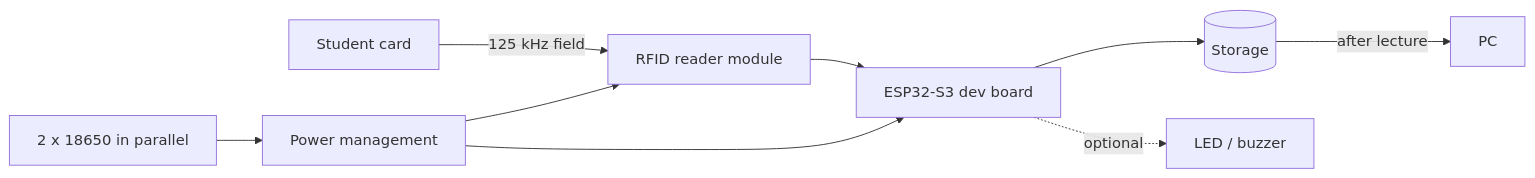
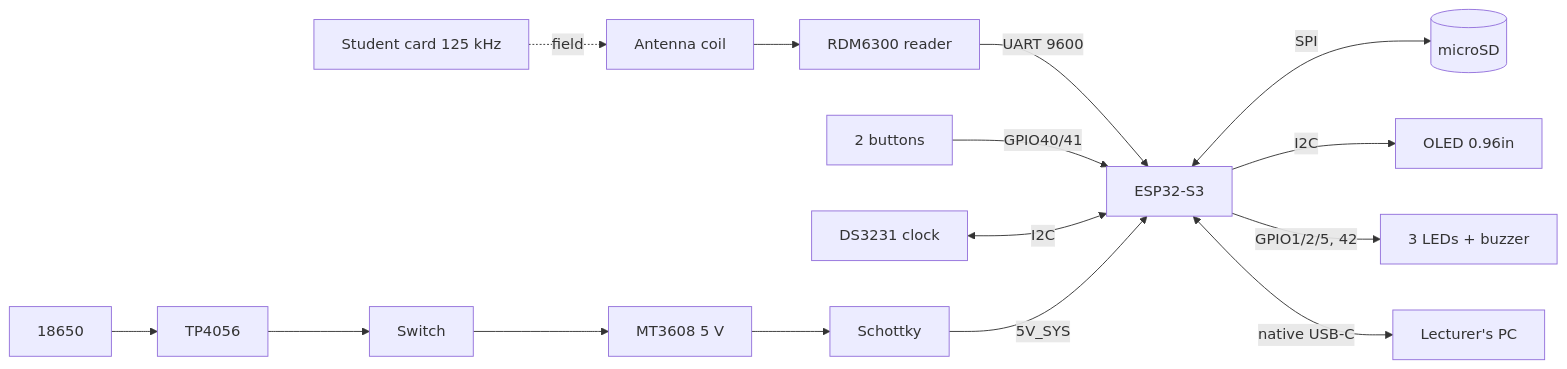
The diagram in README.md (icesys/smart_attendance_system), drawn with Mermaid before and after one commit. The commit also changed other lines of this file and 85 other files, not shown here.

````diff
--- a/README.md
+++ b/README.md
@@ -96,11 +87,13 @@
 ```mermaid
 flowchart LR
-    CARD[Student card] -->|125 kHz field| RFID[RFID reader module]
-    RFID --> MCU[ESP32-S3 dev board]
-    MCU --> STORE[(Storage)]
-    MCU -.->|optional| FB[LED / buzzer]
-    BAT[2 x 18650 in parallel] --> PWR[Power management]
-    PWR --> MCU
-    PWR --> RFID
-    STORE -->|after lecture| PC[PC]
+    CARD[Student card 125 kHz] -.->|field| COIL[Antenna coil]
+    COIL --> RFID[RDM6300 reader]
+    RFID -->|UART 9600| MCU[ESP32-S3]
+    BTN[2 buttons] -->|GPIO40/41| MCU
+    RTC[DS3231 clock] <-->|I2C| MCU
+    MCU <-->|SPI| SD[(microSD)]
+    MCU -->|I2C| OLED[OLED 0.96in]
+    MCU -->|GPIO1/2/5, 42| FB[3 LEDs + buzzer]
+    MCU <-->|native USB-C| PC[Lecturer's PC]
+    BAT[18650] --> CHG[TP4056] --> SW[Switch] --> BOOST[MT3608 5 V] --> D[Schottky] -->|5V_SYS| MCU
 ```
````
